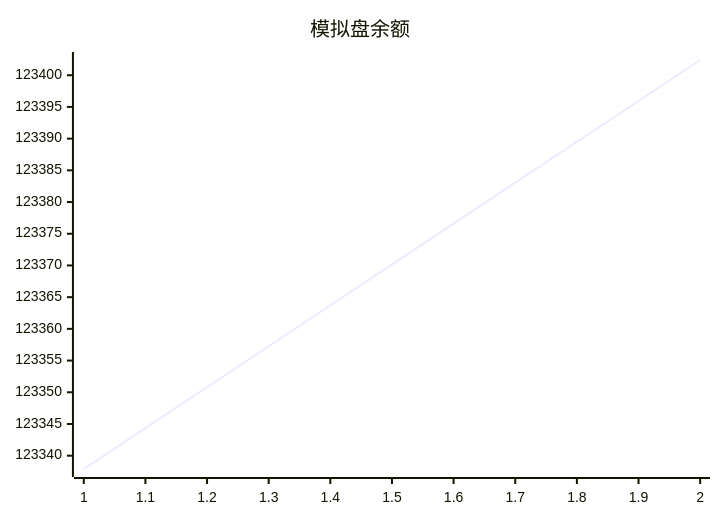
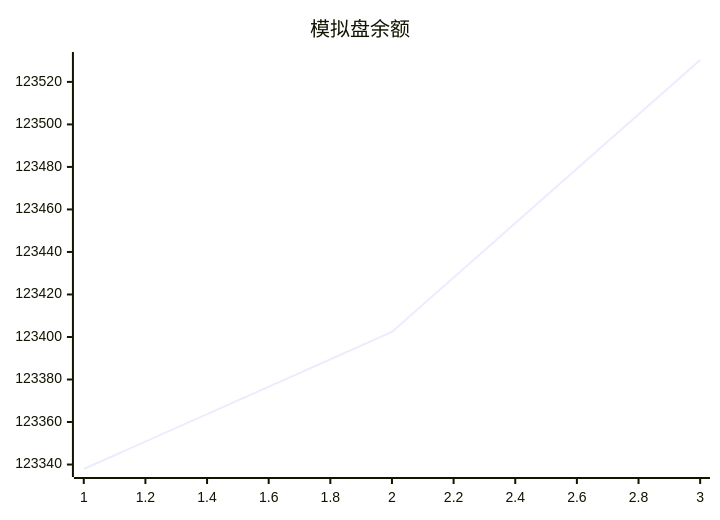
The diagram in trading/README.md (aahl/mcp-aktools), drawn with Mermaid before and after one commit. The commit also changed 1 other file, not shown here.

Commit message:
📈 AkTools MCP Server

````diff
--- a/trading/README.md
+++ b/trading/README.md
@@ -3,5 +3,5 @@
 ```mermaid
 xychart
     title "模拟盘余额"
-    line [123337.9,123402.4]
+    line [123337.9,123402.4,123530.3]
 ```
````
